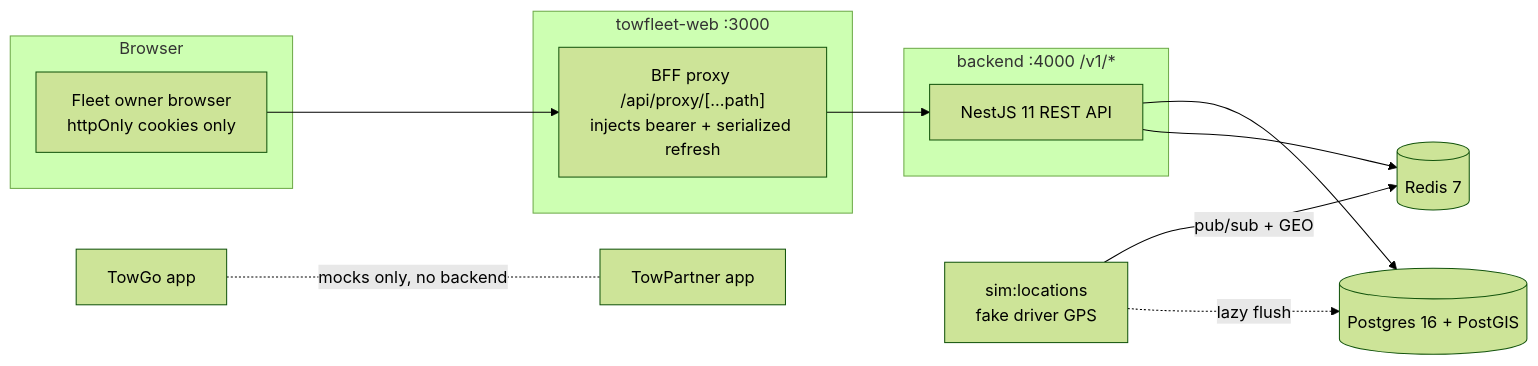
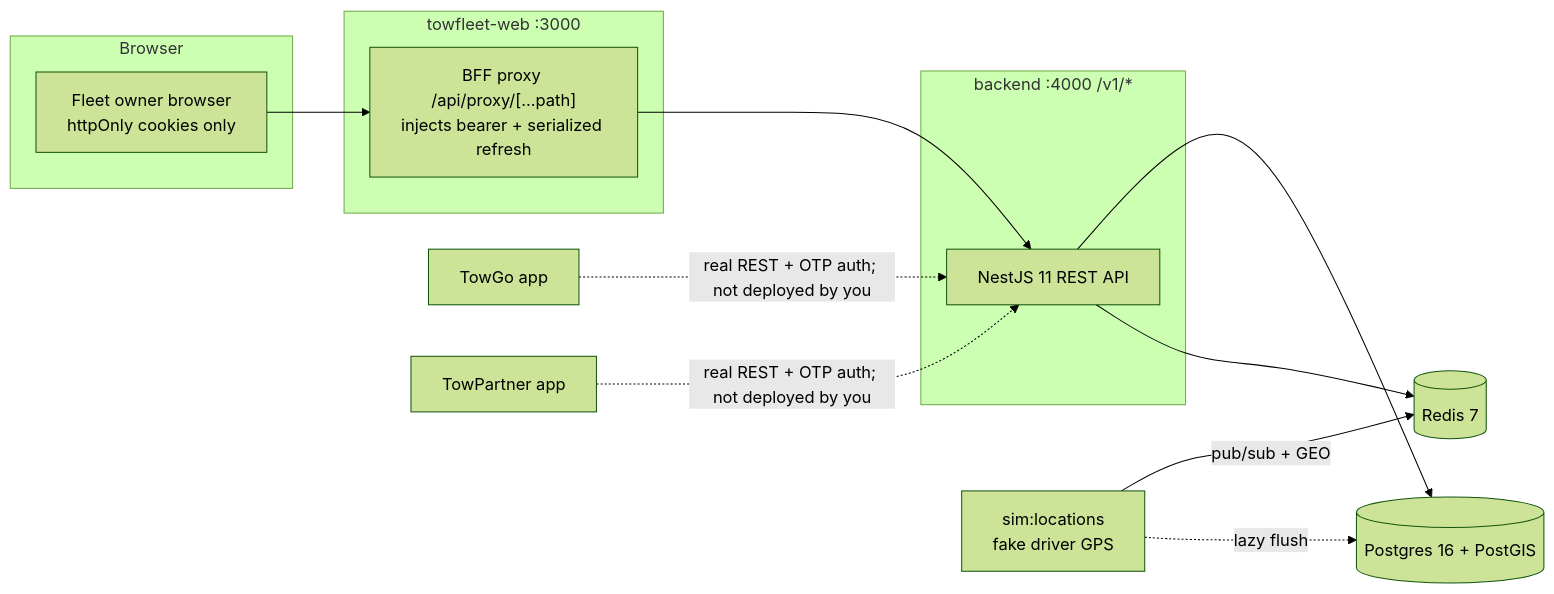
One commit to webcros/Towing changed the diagram in Aws/01-project-overview.md. Above: the diagram before and after it, drawn with Mermaid (forest theme). The commit also changed other lines of this file and 436 other files, not shown here.

````diff
--- a/Aws/01-project-overview.md
+++ b/Aws/01-project-overview.md
@@ -70,18 +70,19 @@
 ```mermaid
 flowchart LR
     subgraph Browser
         C[Fleet owner browser<br/>httpOnly cookies only]
     end
     subgraph towfleet-web [towfleet-web :3000]
         P["BFF proxy /api/proxy/[...path]<br/>injects bearer + serialized refresh"]
     end
     subgraph backend [backend :4000  /v1/*]
         API[NestJS 11 REST API]
     end
     SIM[sim:locations<br/>fake driver GPS] -->|pub/sub + GEO| R[(Redis 7)]
     C --> P --> API
     API --> PG[(Postgres 16 + PostGIS)]
     API --> R
     SIM -.lazy flush.-> PG
-    M1[TowGo app] -. mocks only, no backend .- M2[TowPartner app]
+    M1[TowGo app] -. real REST + OTP auth; not deployed by you .-> API
+    M2[TowPartner app] -. real REST + OTP auth; not deployed by you .-> API
 ```
````
